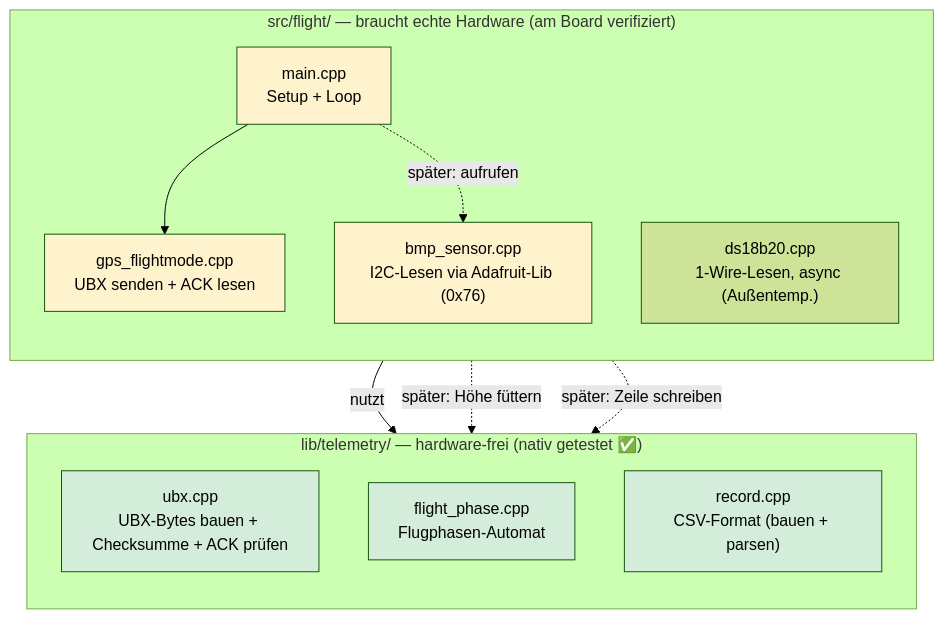
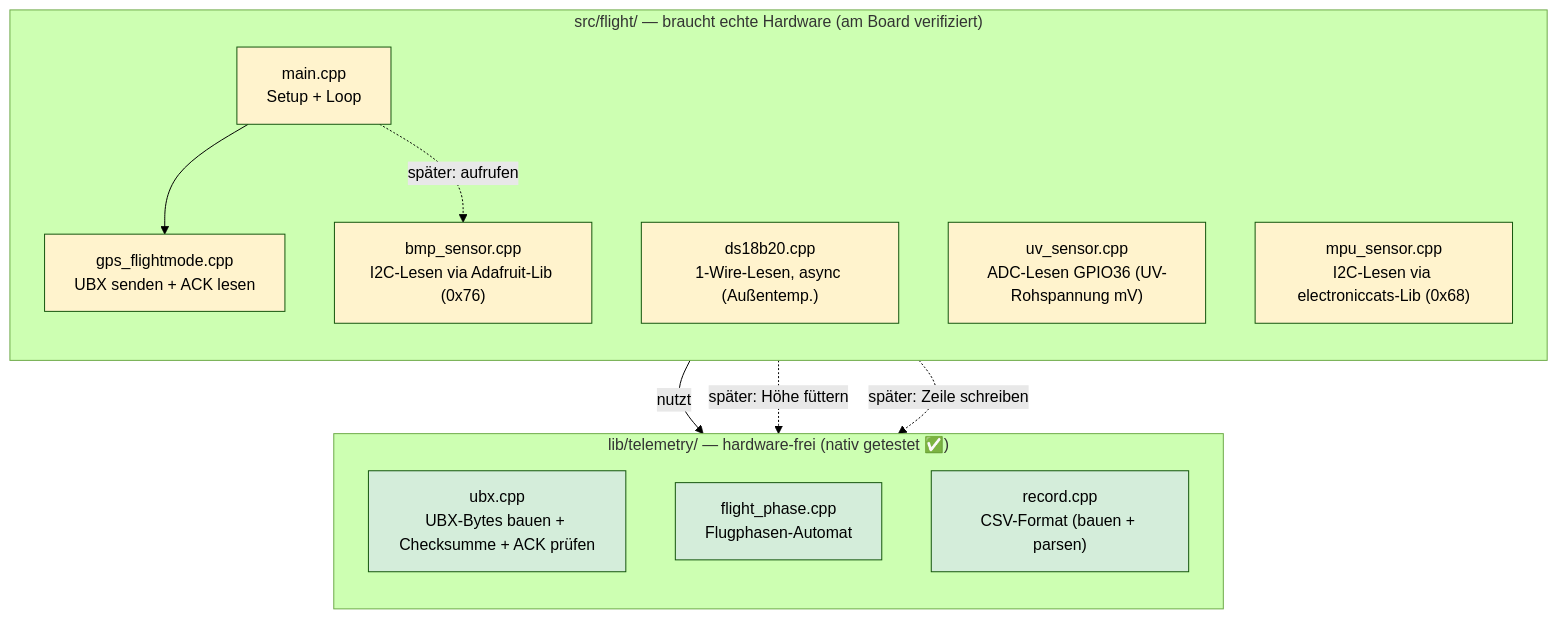
One commit to rhoentier/weather_balloon changed the first of 6 diagrams in docs/software-flow.md. Above: the diagram before and after it, drawn with Mermaid (forest theme). The commit also changed other lines of this file and 7 other files, not shown here.

First line of the commit message:
feat(flight): MPU-6050 + UV-Sensor anbinden; GPS-Log-Intervall auf 5 s

````diff
--- a/docs/software-flow.md
+++ b/docs/software-flow.md
@@ -27,30 +27,35 @@
 ```mermaid
 flowchart TB
     subgraph HW["src/flight/ — braucht echte Hardware (am Board verifiziert)"]
         direction TB
         MAIN["main.cpp<br/>Setup + Loop"]
         GPSFM["gps_flightmode.cpp<br/>UBX senden + ACK lesen"]
         BMP["bmp_sensor.cpp<br/>I2C-Lesen via Adafruit-Lib (0x76)"]
         DS["ds18b20.cpp<br/>1-Wire-Lesen, async (Außentemp.)"]
+        UV["uv_sensor.cpp<br/>ADC-Lesen GPIO36 (UV-Rohspannung mV)"]
+        MPU["mpu_sensor.cpp<br/>I2C-Lesen via electroniccats-Lib (0x68)"]
     end
 
     subgraph LIB["lib/telemetry/ — hardware-frei (nativ getestet ✅)"]
         direction TB
         UBX["ubx.cpp<br/>UBX-Bytes bauen + Checksumme + ACK prüfen"]
         PHASE["flight_phase.cpp<br/>Flugphasen-Automat"]
         REC["record.cpp<br/>CSV-Format (bauen + parsen)"]
     end
 
     MAIN --> GPSFM
     GPSFM -->|nutzt| UBX
     MAIN -.->|später: aufrufen| BMP
     MAIN -.->|später: Höhe füttern| PHASE
     MAIN -.->|später: Zeile schreiben| REC
 
     style UBX fill:#d4edda
     style PHASE fill:#d4edda
     style REC fill:#d4edda
     style GPSFM fill:#fff3cd
     style MAIN fill:#fff3cd
     style BMP fill:#fff3cd
+    style DS fill:#fff3cd
+    style UV fill:#fff3cd
+    style MPU fill:#fff3cd
 ```
````
